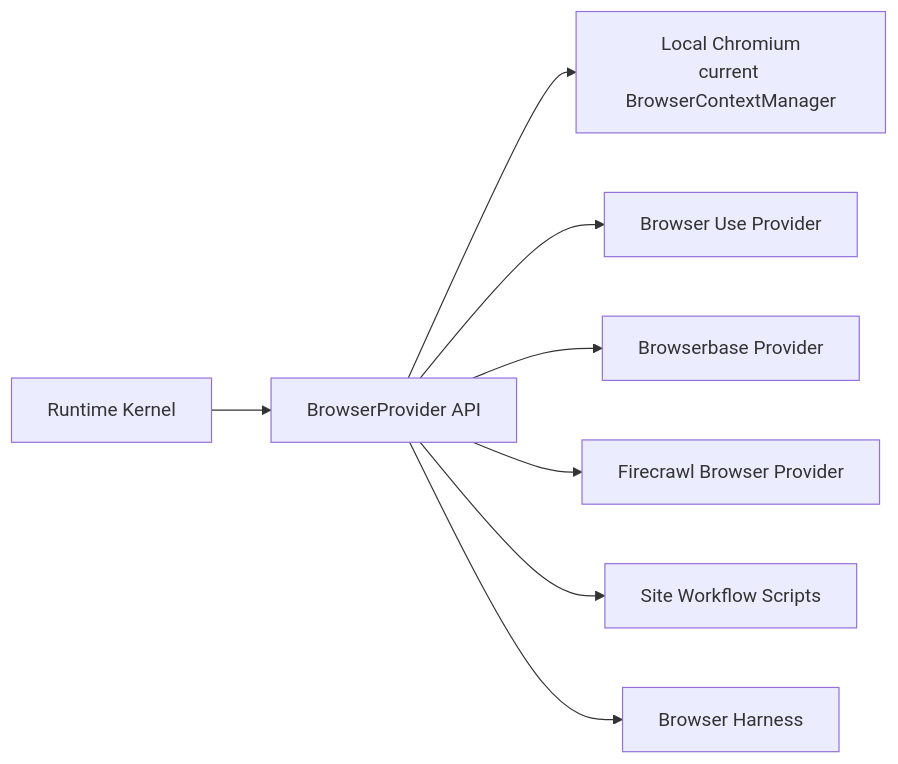
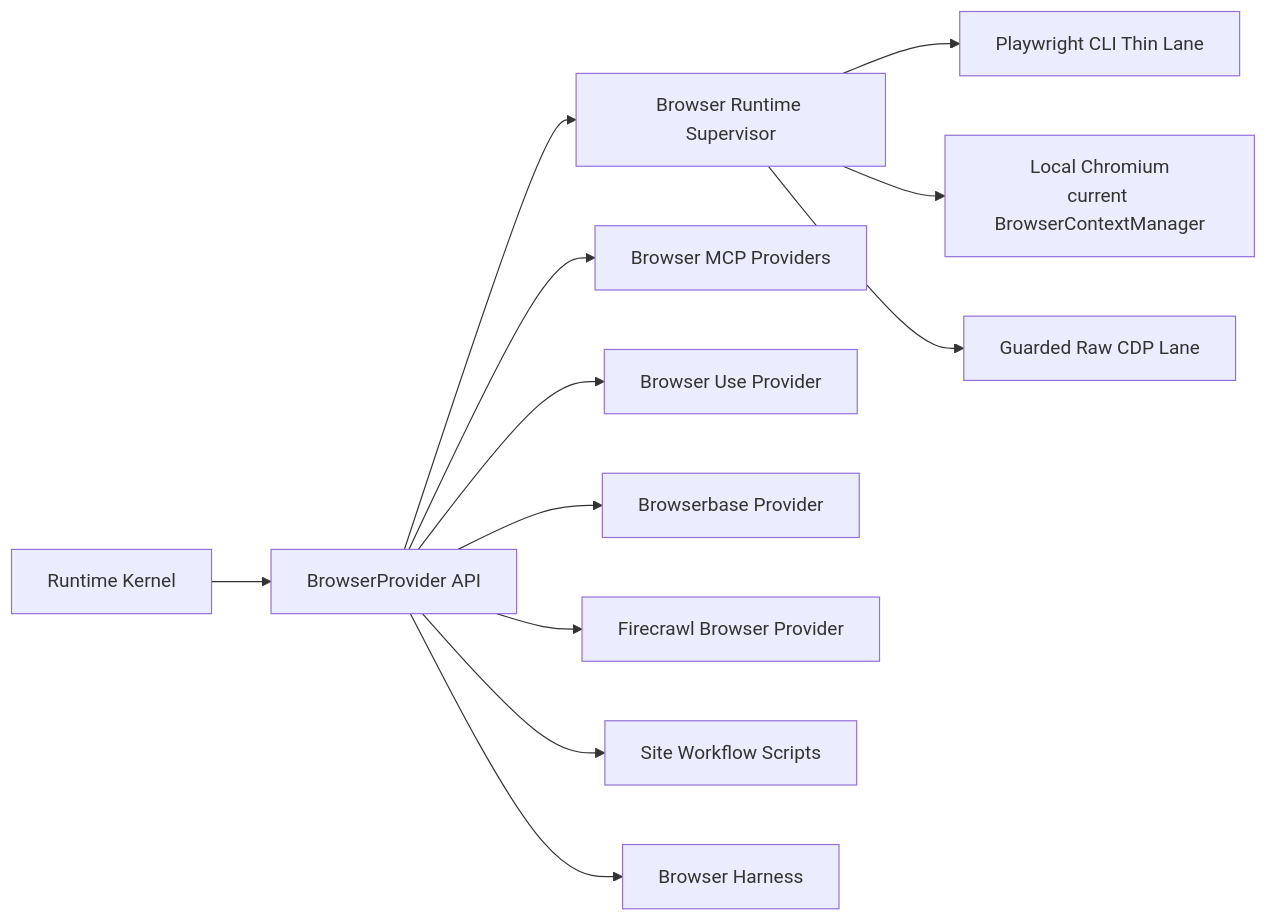
One commit to novolei/uclaw-new changed the second of 4 diagrams in docs/adr/2026-05-20-uclaw-agent-platform-north-star.md. Above: the diagram before and after it, drawn with Mermaid. The commit also changed other lines of this file and 1 other file, not shown here.

First line of the commit message:
docs(adr): define browser runtime supervisor strategy

````diff
--- a/docs/adr/2026-05-20-uclaw-agent-platform-north-star.md
+++ b/docs/adr/2026-05-20-uclaw-agent-platform-north-star.md
@@ -670,10 +699,14 @@
 ```mermaid
 flowchart LR
     Kernel["Runtime Kernel"] --> API["BrowserProvider API"]
-    API --> Local["Local Chromium\ncurrent BrowserContextManager"]
+    API --> Supervisor["Browser Runtime Supervisor"]
+    Supervisor --> PW["Playwright CLI Thin Lane"]
+    Supervisor --> Local["Local Chromium\ncurrent BrowserContextManager"]
+    Supervisor --> CDP["Guarded Raw CDP Lane"]
+    API --> MCP["Browser MCP Providers"]
     API --> BU["Browser Use Provider"]
     API --> BB["Browserbase Provider"]
     API --> FC["Firecrawl Browser Provider"]
     API --> Scripts["Site Workflow Scripts"]
     API --> Harness["Browser Harness"]
 ```
````
